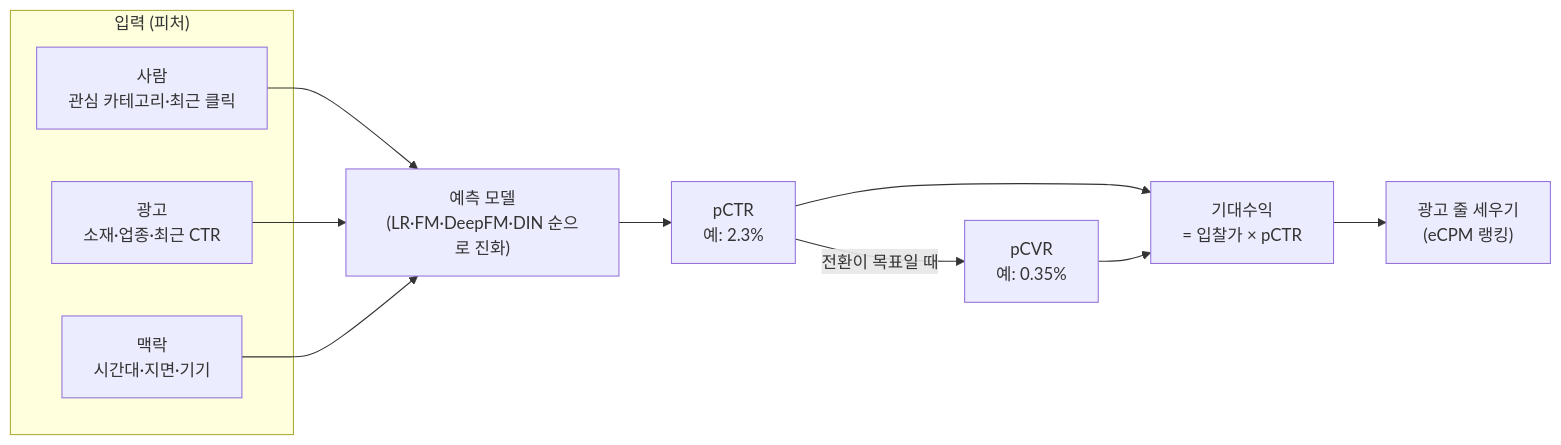
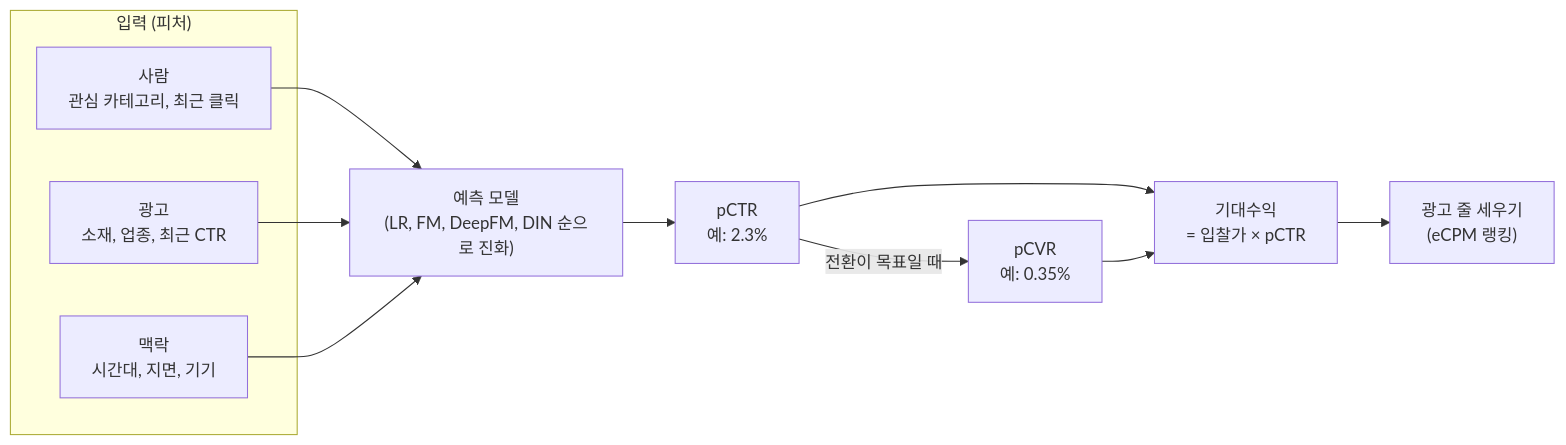
Before and after one commit to chkimsu/adtech-blog: the diagram in posts/pctr-prediction.md, drawn with Mermaid. The commit also changed other lines of this file and 28 other files, not shown here.

````diff
--- a/posts/pctr-prediction.md
+++ b/posts/pctr-prediction.md
@@ -155,19 +155,19 @@
 ```mermaid
 graph LR
   subgraph IN["입력 (피처)"]
-    U["사람<br/>관심 카테고리·최근 클릭"]
-    A["광고<br/>소재·업종·최근 CTR"]
-    C["맥락<br/>시간대·지면·기기"]
+    U["사람<br/>관심 카테고리, 최근 클릭"]
+    A["광고<br/>소재, 업종, 최근 CTR"]
+    C["맥락<br/>시간대, 지면, 기기"]
   end
-  M["예측 모델<br/>(LR·FM·DeepFM·DIN 순으로 진화)"]
+  M["예측 모델<br/>(LR, FM, DeepFM, DIN 순으로 진화)"]
   P["pCTR<br/>예: 2.3%"]
   V["pCVR<br/>예: 0.35%"]
   E["기대수익<br/>= 입찰가 × pCTR"]
   R["광고 줄 세우기<br/>(eCPM 랭킹)"]
   U --> M
   A --> M
   C --> M
   M --> P --> E
   P -->|전환이 목표일 때| V --> E
   E --> R
 ```
````
